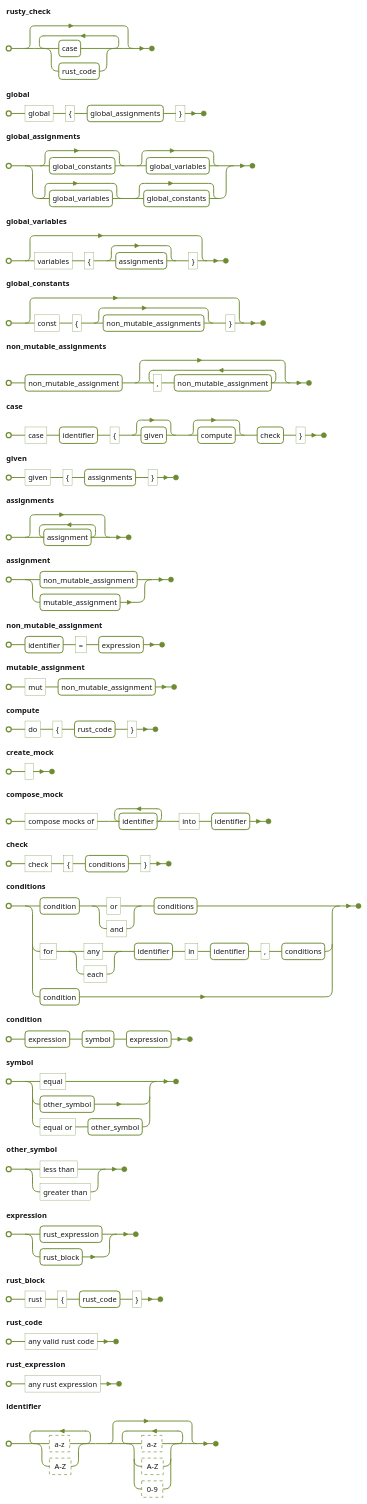
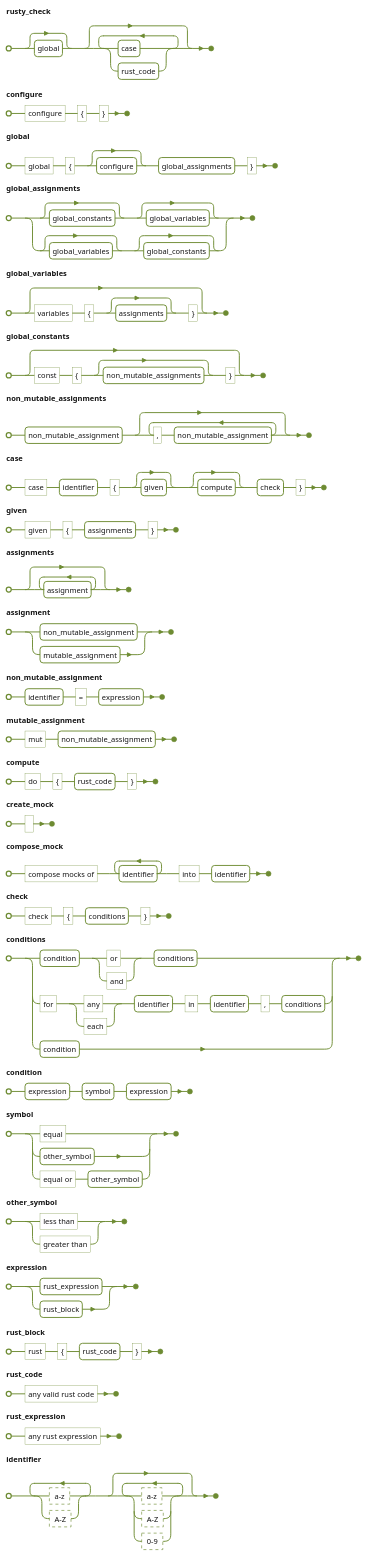
The diagram in grammar/grammar.puml (jkszymczak/RustyCheck), drawn with PlantUML before and after one commit. The commit also changed 27 other files, not shown here.

```diff
--- a/grammar/grammar.puml
+++ b/grammar/grammar.puml
@@ -1,40 +1,41 @@
 @startebnf
 !theme hacker
 skinparam backgroundColor white
-rusty_check = {case | rust_code};
-global = "global", "{", global_assignments ,"}";
+rusty_check = [global], {case | rust_code};
+configure = "configure","{","}";
+global = "global", "{", [configure],  global_assignments ,"}";
 global_assignments = [global_constants], [global_variables] | [global_variables], [global_constants];
 global_variables = ["variables", "{", [assignments], "}"]; 
 global_constants = ["const", "{", [non_mutable_assignments], "}"];
 non_mutable_assignments = non_mutable_assignment, {",", non_mutable_assignment};
 
 case = "case", identifier, "{", [given], [compute], check, "}";
 
 given = "given", "{", assignments, "}";
 assignments = {assignment};
 assignment = non_mutable_assignment 
             | mutable_assignment;
 non_mutable_assignment = identifier, "=", expression;
 mutable_assignment = "mut", non_mutable_assignment;
 compute = "do", "{", rust_code, "}";
 create_mock = " ";
 compose_mock = "compose mocks of", {identifier}-, "into", identifier;
 
 check = "check", "{", conditions, "}";
 conditions = condition, ("or" | "and" ), conditions
              | "for", ("any"|"each"), identifier, "in", identifier, ",", conditions
              | condition;
 condition = expression, symbol, expression;
 symbol = "equal"
          | other_symbol
          | "equal or", other_symbol;
 other_symbol = "less than"
                | "greater than";
 
 expression = rust_expression 
              | rust_block;
 rust_block = "rust", "{", rust_code, "}";
 rust_code = "any valid rust code";
 rust_expression = "any rust expression";
 identifier = {? a-z ? | ? A-Z ?}-, {(? a-z ? | ? A-Z ? | ? 0-9 ?)};
 @endebnf
```
